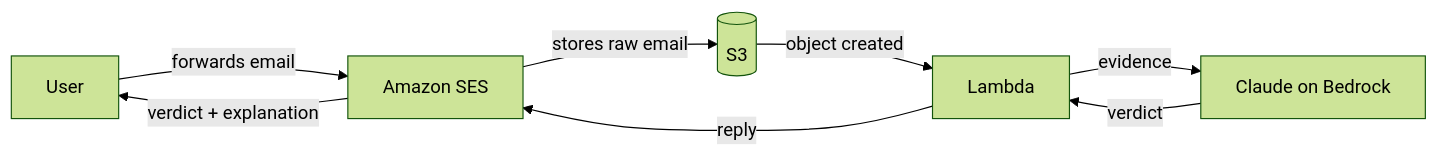
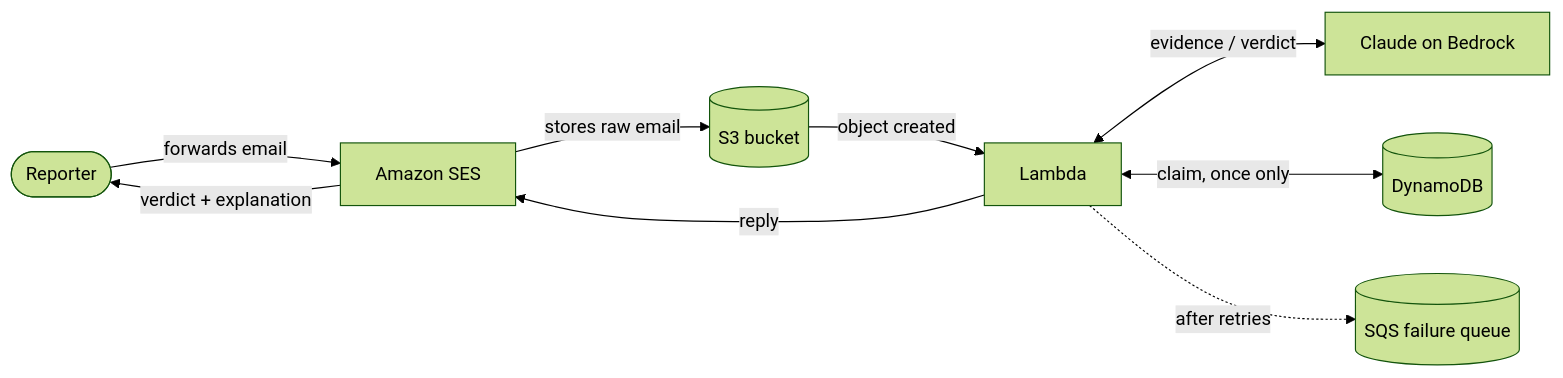
The diagram in README.md (ventz/ai-phishing-email-detection), drawn with Mermaid (forest theme) before and after one commit. The commit also changed other lines of this file and 10 other files, not shown here.

First line of the commit message:
Handle TLP-marked reports; add architecture diagrams

````diff
--- a/README.md
+++ b/README.md
@@ -87,12 +87,13 @@
 ```mermaid
-graph LR
-    accTitle: Phishing analysis flow
-    accDescr: A user forwards an email to SES. SES stores it in S3, which triggers Lambda. Lambda sends the extracted evidence to Claude on Amazon Bedrock, then emails the verdict back to the user through SES.
-    User -->|forwards email| SES[Amazon SES]
-    SES -->|stores raw email| S3[(S3)]
+flowchart LR
+    accTitle: Phishing report flow
+    accDescr: A user forwards a suspicious email to the phishing address. Amazon SES stores it in S3, which triggers the Lambda function. Lambda checks the forwarder, extracts evidence from the email and its attachments, asks Claude on Amazon Bedrock for a verdict, applies deterministic guardrails, and emails the verdict back through SES. DynamoDB prevents duplicate replies and failed emails go to an SQS queue.
+    User([Reporter]) -->|forwards email| SES[Amazon SES]
+    SES -->|stores raw email| S3[(S3 bucket)]
     S3 -->|object created| Lambda[Lambda]
-    Lambda -->|evidence| Bedrock[Claude on Bedrock]
-    Bedrock -->|verdict| Lambda
+    Lambda <-->|evidence / verdict| Bedrock[Claude on Bedrock]
+    Lambda <-->|claim, once only| DDB[(DynamoDB)]
+    Lambda -.->|after retries| DLQ[(SQS failure queue)]
     Lambda -->|reply| SES
     SES -->|verdict + explanation| User
 ```
````
